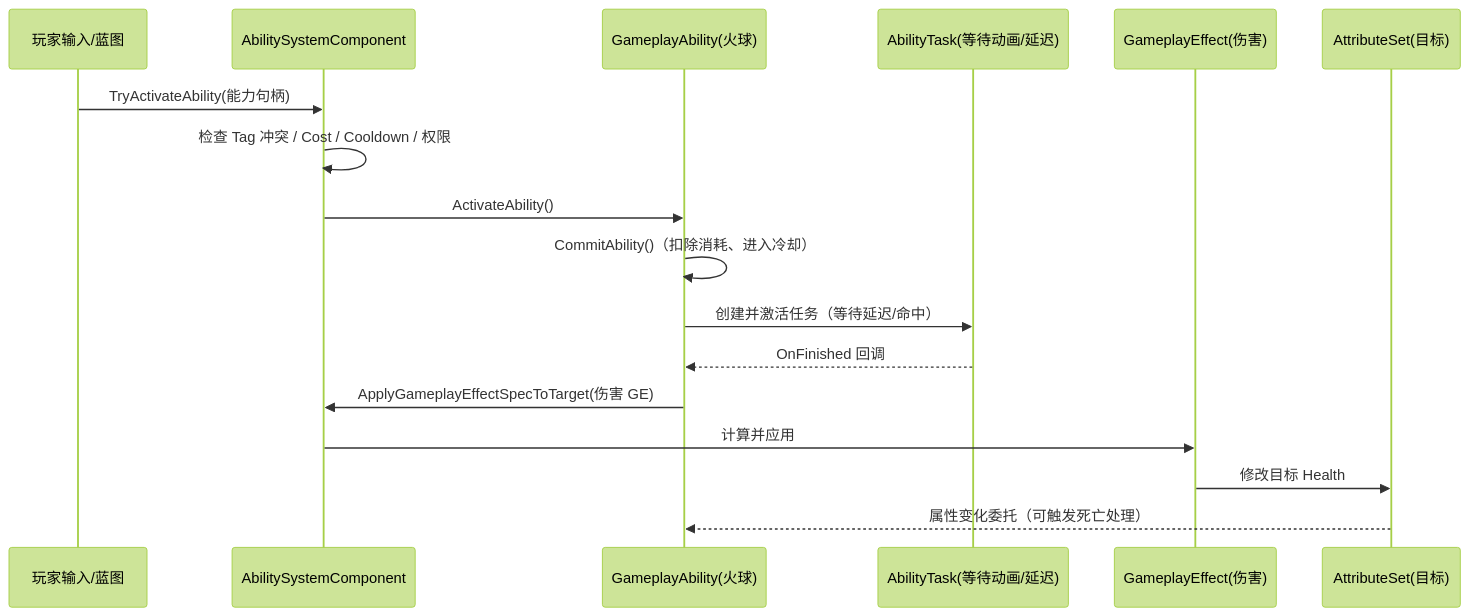
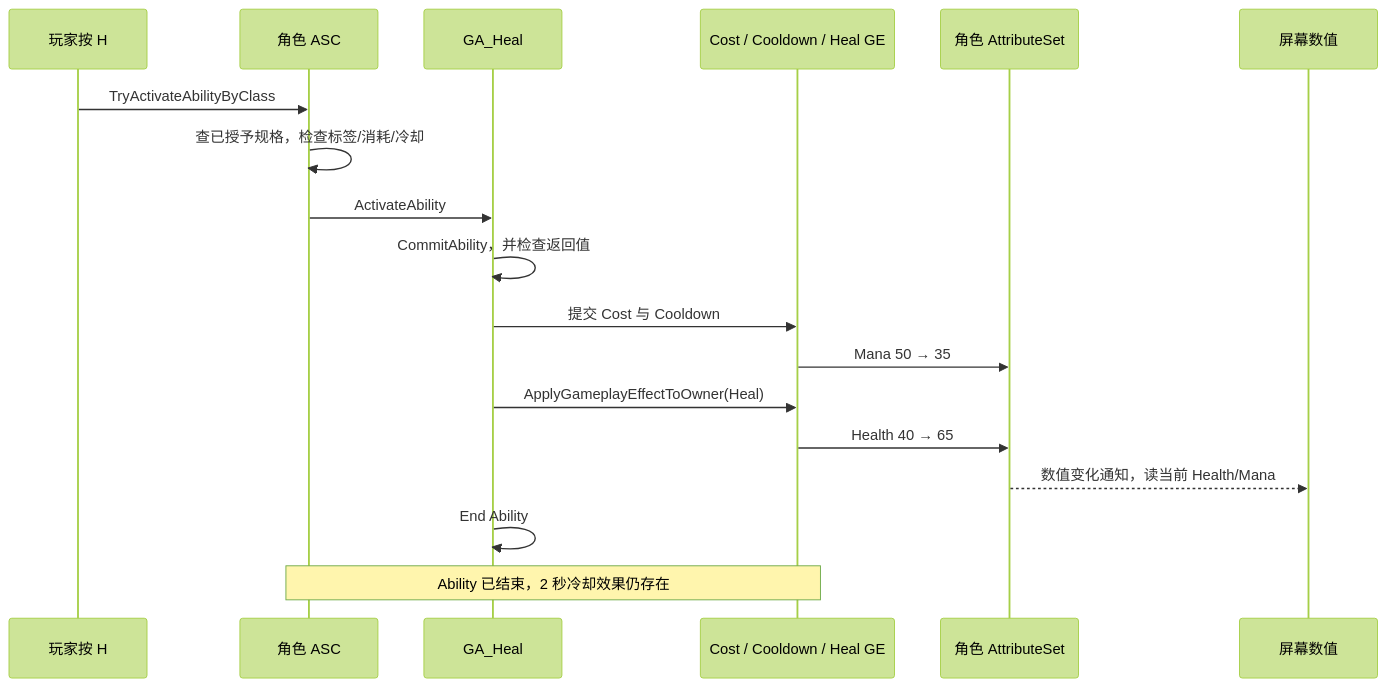
One commit to fantuan812/learning changed the second of 3 diagrams in 知识/05-Gameplay与交互系统/技能战斗与属性结算/01-GameplayAbilitySystem能力系统.md. Above: the diagram before and after it, drawn with Mermaid (forest theme). The commit also changed other lines of this file and 2 other files, not shown here.

````diff
--- a/知识/05-Gameplay与交互系统/技能战斗与属性结算/01-GameplayAbilitySystem能力系统.md
+++ b/知识/05-Gameplay与交互系统/技能战斗与属性结算/01-GameplayAbilitySystem能力系统.md
@@ -79,20 +76,20 @@
 ```mermaid
 sequenceDiagram
-    participant P as 玩家输入/蓝图
-    participant ASC as AbilitySystemComponent
-    participant GA as GameplayAbility(火球)
-    participant AT as AbilityTask(等待动画/延迟)
-    participant GE as GameplayEffect(伤害)
-    participant AS as AttributeSet(目标)
-
-    P->>ASC: TryActivateAbility(能力句柄)
-    ASC->>ASC: 检查 Tag 冲突 / Cost / Cooldown / 权限
-    ASC->>GA: ActivateAbility()
-    GA->>GA: CommitAbility()（扣除消耗、进入冷却）
-    GA->>AT: 创建并激活任务（等待延迟/命中）
-    AT-->>GA: OnFinished 回调
-    GA->>ASC: ApplyGameplayEffectSpecToTarget(伤害 GE)
-    ASC->>GE: 计算并应用
-    GE->>AS: 修改目标 Health
-    AS-->>GA: 属性变化委托（可触发死亡处理）
+    participant P as 玩家按 H
+    participant ASC as 角色 ASC
+    participant GA as GA_Heal
+    participant GE as Cost / Cooldown / Heal GE
+    participant AS as 角色 AttributeSet
+    participant UI as 屏幕数值
+    P->>ASC: TryActivateAbilityByClass
+    ASC->>ASC: 查已授予规格，检查标签/消耗/冷却
+    ASC->>GA: ActivateAbility
+    GA->>GA: CommitAbility，并检查返回值
+    GA->>GE: 提交 Cost 与 Cooldown
+    GE->>AS: Mana 50 → 35
+    GA->>GE: ApplyGameplayEffectToOwner(Heal)
+    GE->>AS: Health 40 → 65
+    AS-->>UI: 数值变化通知，读当前 Health/Mana
+    GA->>GA: End Ability
+    Note over ASC,GE: Ability 已结束，2 秒冷却效果仍存在
 ```
````
